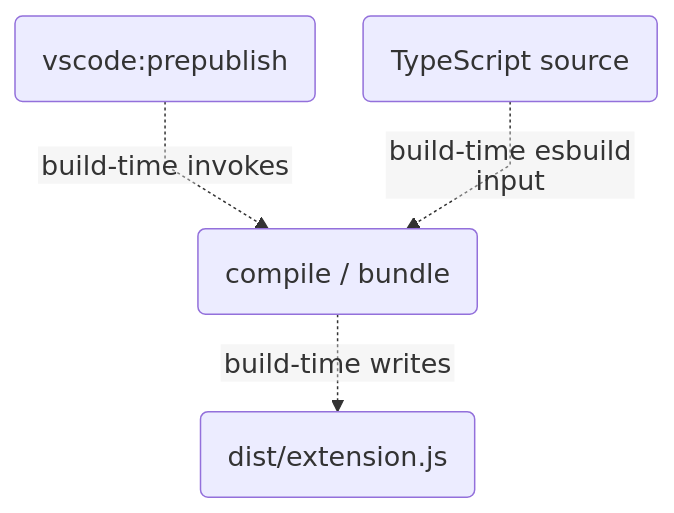
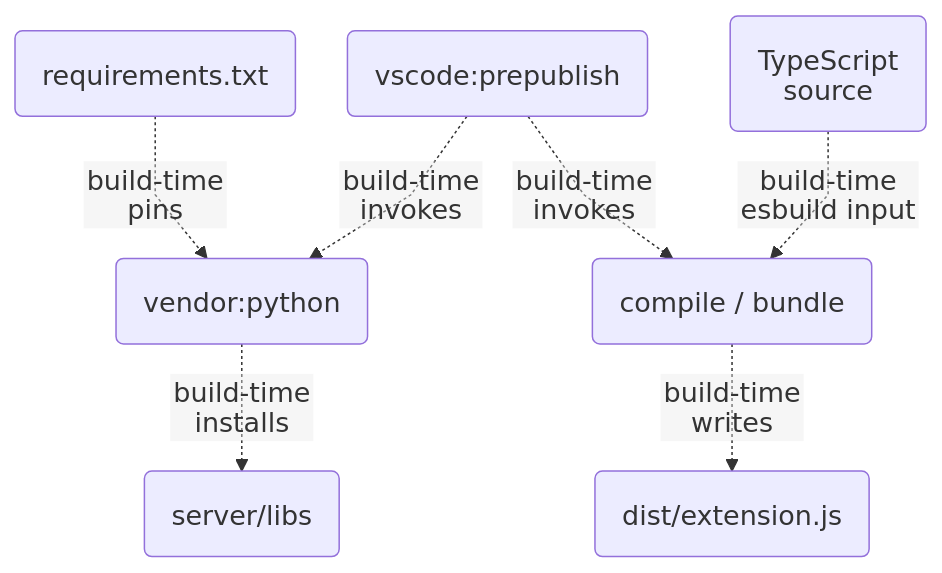
Diagram 14 of 16 in docs/feature-map.md (AashishTangnami/python-memory-guardian), drawn with Mermaid before and after one commit. The commit also changed other lines of this file and 6 other files, not shown here.

Commit message:
docs: consolidate feature-map diagrams and close source/doc gaps

````diff
--- a/docs/feature-map.md
+++ b/docs/feature-map.md
@@ -549,7 +513,10 @@
 ```mermaid
 %%{init: {"fontFamily":"Arial, sans-serif","themeVariables":{"fontSize":"18px","fontFamily":"Arial, sans-serif"},"flowchart":{"curve":"linear","nodeSpacing":32,"rankSpacing":40,"diagramPadding":8,"padding":18,"subGraphTitleMargin":{"top":10,"bottom":24},"htmlLabels":false},"layout":"dagre","htmlLabels":false,"themeCSS":".node rect, .cluster rect { rx: 10px; ry: 10px; } .label, .nodeLabel, .edgeLabel, .cluster-label { letter-spacing: normal; word-spacing: normal; } .edgeLabel rect { stroke: currentColor !important; stroke-width: 1px !important; stroke-dasharray: none; opacity: 1 !important; fill-opacity: 1; rx: 4px; ry: 4px; }"}}%%
 flowchart TD
-Prepub("vscode:prepublish") -. build-time invokes .-> Compile("compile / bundle")
-    Sources("TypeScript source") -. build-time esbuild input .-> Compile
-    Compile -. build-time writes .-> Bundle("dist/extension.js")
+    Pins("requirements.txt") -. build-time<br/>pins .-> Vendor("vendor:python")
+    Prepub("vscode:prepublish") -. build-time<br/>invokes .-> Vendor
+    Prepub -. build-time<br/>invokes .-> Compile("compile / bundle")
+    Sources("TypeScript<br/>source") -. build-time<br/>esbuild input .-> Compile
+    Vendor -. build-time<br/>installs .-> Libs("server/libs")
+    Compile -. build-time<br/>writes .-> Bundle("dist/extension.js")
 ```
````
